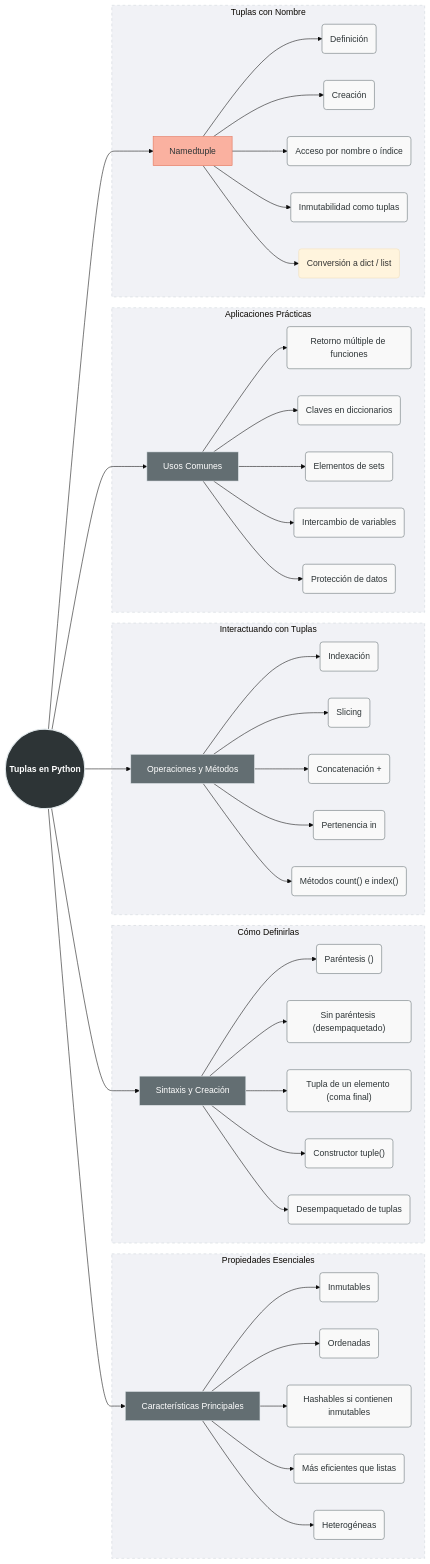
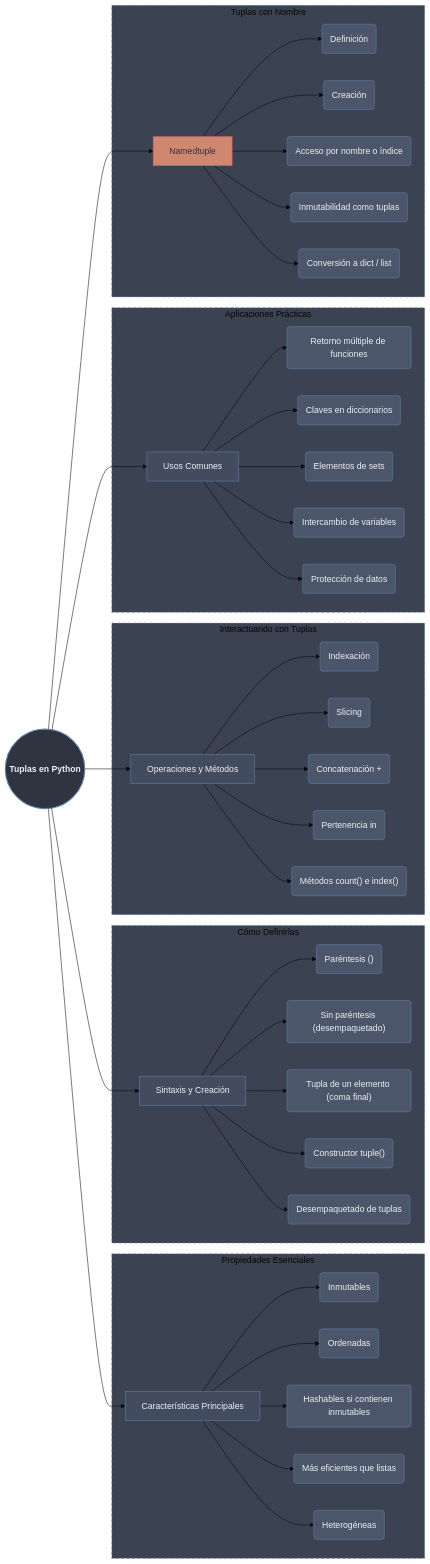
Before and after one commit to Pineapple-Mikael-Engineer/Python_Obsidian: the diagram in 100 Programación Orientada a Procesos/30 Estructura de Datos/02 Tuplas.md, drawn with Mermaid (base theme). The commit also changed other lines of this file and 9 other files, not shown here.

Commit message:
fix: Arreglar Graficos Mermaid a Estandar

````diff
--- a/100 Programación Orientada a Procesos/30 Estructura de Datos/02 Tuplas.md
+++ b/100 Programación Orientada a Procesos/30 Estructura de Datos/02 Tuplas.md
@@ -7,61 +7,62 @@
 ```mermaid
 flowchart LR
-    classDef principal fill:#2d3436,stroke:#dfe6e9,stroke-width:2px,color:#fff,font-weight:bold;
-    classDef categoria fill:#636e72,stroke:#dfe6e9,stroke-width:1px,color:#fff;
-    classDef tipo fill:#f9f9f9,stroke:#636e72,stroke-width:1px,color:#2d3436;
-    classDef especial fill:#fab1a0,stroke:#e17055,stroke-width:1px,color:#2d3436;
+    classDef principal fill:#2e3440,stroke:#5e81ac,stroke-width:2px,color:#eceff4,font-weight:bold;
+    classDef categoria fill:#434c5e,stroke:#5e81ac,stroke-width:1px,color:#eceff4;
+    classDef tipo fill:#4c566a,stroke:#5e81ac,stroke-width:1px,color:#eceff4;
+    classDef especial fill:#d08770,stroke:#bf616a,stroke-width:1px,color:#2e3440;
 
     A((Tuplas en Python)):::principal
 
     A --> B[Características Principales]:::categoria
     A --> C[Sintaxis y Creación]:::categoria
     A --> D[Operaciones y Métodos]:::categoria
     A --> E[Usos Comunes]:::categoria
     A --> F[Namedtuple]:::especial
 
     subgraph G1 [Propiedades Esenciales]
         B --> B1(Inmutables):::tipo
         B --> B2(Ordenadas):::tipo
         B --> B3(Hashables si contienen inmutables):::tipo
         B --> B4(Más eficientes que listas):::tipo
         B --> B5(Heterogéneas):::tipo
     end
 
     subgraph G2 [Cómo Definirlas]
         C --> C1("Paréntesis ()"):::tipo
         C --> C2("Sin paréntesis (desempaquetado)"):::tipo
         C --> C3("Tupla de un elemento (coma final)"):::tipo
         C --> C4("Constructor tuple()"):::tipo
         C --> C5("Desempaquetado de tuplas"):::tipo
     end
 
     subgraph G3 [Interactuando con Tuplas]
         D --> D1(Indexación):::tipo
         D --> D2(Slicing):::tipo
-        D --> D3(Concatenación +):::tipo
-        D --> D4(Pertenencia in):::tipo
+        D --> D3("Concatenación +"):::tipo
+        D --> D4("Pertenencia in"):::tipo
         D --> D5("Métodos count() e index()"):::tipo
     end
 
     subgraph G4 [Aplicaciones Prácticas]
-        E --> E1(Retorno múltiple de funciones):::tipo
-        E --> E2(Claves en diccionarios):::tipo
-        E --> E3(Elementos de sets):::tipo
-        E --> E4(Intercambio de variables):::tipo
-        E --> E5(Protección de datos):::tipo
+        E --> E1("Retorno múltiple de funciones"):::tipo
+        E --> E2("Claves en diccionarios"):::tipo
+        E --> E3("Elementos de sets"):::tipo
+        E --> E4("Intercambio de variables"):::tipo
+        E --> E5("Protección de datos"):::tipo
     end
 
     subgraph G5 [Tuplas con Nombre]
         F --> F1(Definición):::tipo
         F --> F2(Creación):::tipo
-        F --> F3(Acceso por nombre o índice):::tipo
-        F --> F4(Inmutabilidad como tuplas):::tipo
-        F --> F5(Conversión a dict / list)::::tipo
+        F --> F3("Acceso por nombre o índice"):::tipo
+        F --> F4("Inmutabilidad como tuplas"):::tipo
+        F --> F5("Conversión a dict / list"):::tipo
     end
 
-    style G1 fill:#f1f2f6,stroke:#ced4da,stroke-dasharray: 5 5
-    style G2 fill:#f1f2f6,stroke:#ced4da,stroke-dasharray: 5 5
-    style G3 fill:#f1f2f6,stroke:#ced4da,stroke-dasharray: 5 5
-    style G4 fill:#f1f2f6,stroke:#ced4da,stroke-dasharray: 5 5
-    style G5 fill:#f1f2f6,stroke:#ced4da,stroke-dasharray: 5 5
+    style G1 fill:#3b4252,stroke:#5e81ac,stroke-dasharray:5 5
+    style G2 fill:#3b4252,stroke:#5e81ac,stroke-dasharray:5 5
+    style G3 fill:#3b4252,stroke:#5e81ac,stroke-dasharray:5 5
+    style G4 fill:#3b4252,stroke:#5e81ac,stroke-dasharray:5 5
+    style G5 fill:#3b4252,stroke:#5e81ac,stroke-dasharray:5 5
+
 ```
````
